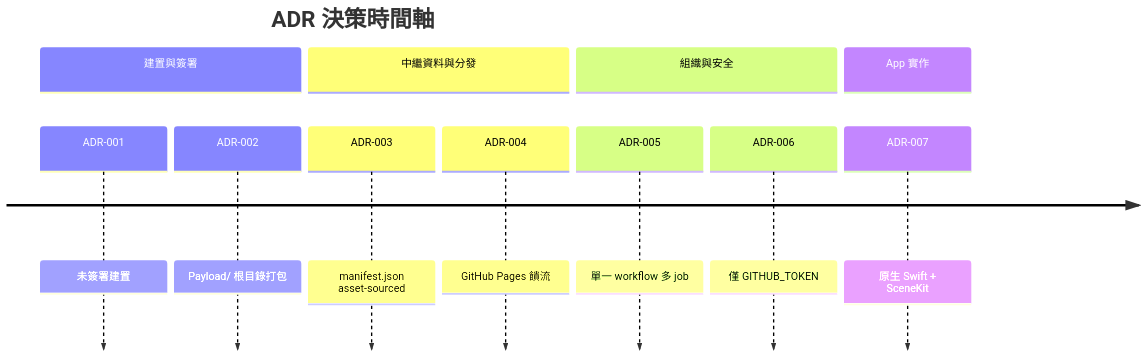
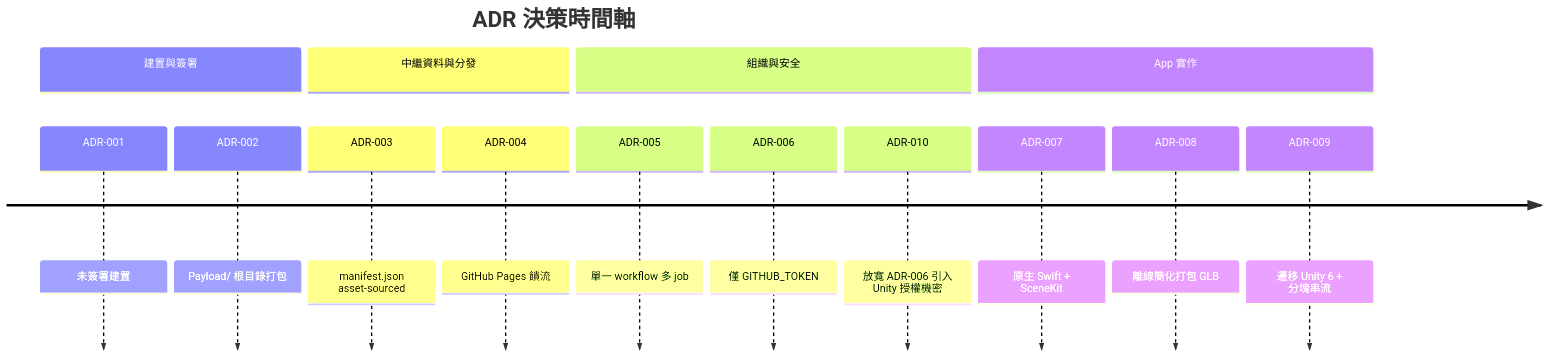
Before and after one commit to Mcc-Mak/ios-app: the diagram in docbase/adr.md, drawn with Mermaid. The commit also changed other lines of this file and 7 other files, not shown here.

````diff
--- a/docbase/adr.md
+++ b/docbase/adr.md
@@ -5,15 +5,18 @@
 ```mermaid
 timeline
     title ADR 決策時間軸
     section 建置與簽署
         ADR-001 : 未簽署建置
         ADR-002 : Payload/ 根目錄打包
     section 中繼資料與分發
         ADR-003 : manifest.json asset-sourced
         ADR-004 : GitHub Pages 饋流
     section 組織與安全
         ADR-005 : 單一 workflow 多 job
         ADR-006 : 僅 GITHUB_TOKEN
+        ADR-010 : 放寬 ADR-006 引入 Unity 授權機密
     section App 實作
         ADR-007 : 原生 Swift + SceneKit
+        ADR-008 : 離線簡化打包 GLB
+        ADR-009 : 遷移 Unity 6 + 分塊串流
 ```
````
